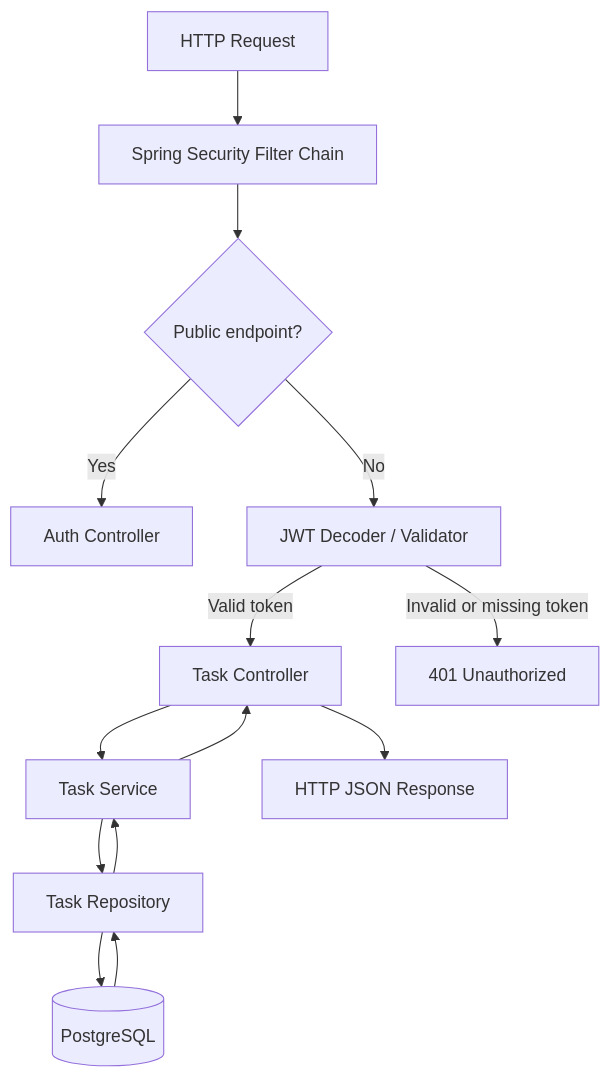
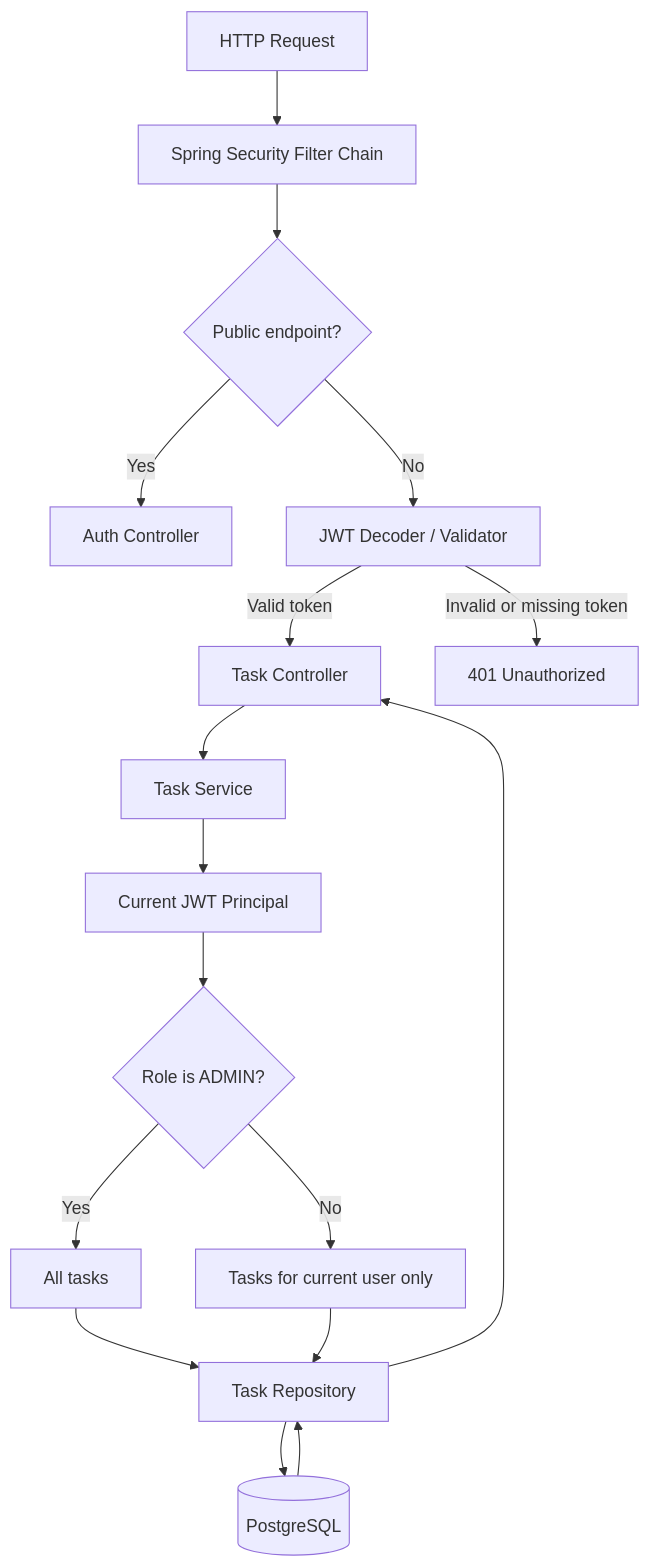
The diagram in docs/architecture.md (sardorofical1234-prog/task-management-api), drawn with Mermaid before and after one commit. The commit also changed other lines of this file and 7 other files, not shown here.

Commit message:
feat: enforce task ownership and admin authorization

```diff
--- a/docs/architecture.md
+++ b/docs/architecture.md
@@ -5,16 +5,19 @@
 ~~~mermaid
 flowchart TD
     A["HTTP Request"] --> B["Spring Security Filter Chain"]
     B --> C{"Public endpoint?"}
     C -->|Yes| D["Auth Controller"]
     C -->|No| E["JWT Decoder / Validator"]
     E -->|Valid token| F["Task Controller"]
     E -->|Invalid or missing token| G["401 Unauthorized"]
     F --> H["Task Service"]
-    H --> I["Task Repository"]
-    I --> J[("PostgreSQL")]
-    J --> I
-    I --> H
-    H --> F
-    F --> K["HTTP JSON Response"]
+    H --> I["Current JWT Principal"]
+    I --> J{"Role is ADMIN?"}
+    J -->|Yes| K["All tasks"]
+    J -->|No| L["Tasks for current user only"]
+    K --> M["Task Repository"]
+    L --> M
+    M --> N[("PostgreSQL")]
+    N --> M
+    M --> F
 ~~~
```
